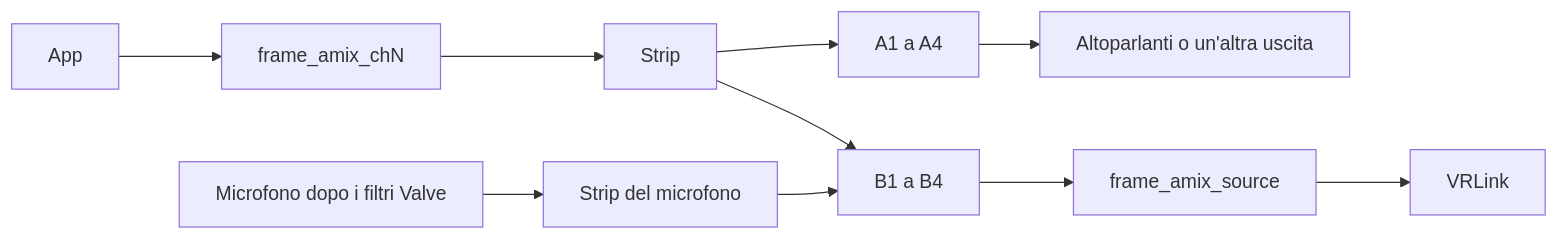
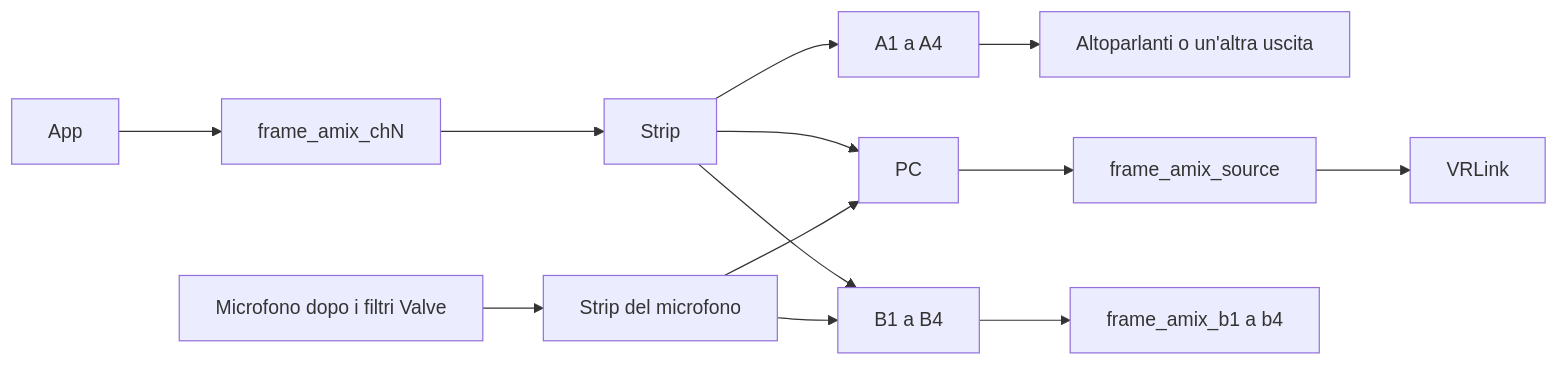
One commit to marcus-universe/frame-audio-mixer changed the diagram in docs/how-it-works.it.md. Above: the diagram before and after it, drawn with Mermaid. The commit also changed other lines of this file and 42 other files, not shown here.

````diff
--- a/docs/how-it-works.it.md
+++ b/docs/how-it-works.it.md
@@ -7,12 +7,15 @@
 ```mermaid
 flowchart LR
   appA[App] --> chSink["frame_amix_chN"]
   micSrc["Microfono dopo i filtri Valve"] --> micStrip["Strip del microfono"]
   chSink --> chStrip["Strip"]
   chStrip --> busA["A1 a A4"]
+  chStrip --> busPc["PC"]
   chStrip --> busB["B1 a B4"]
+  micStrip --> busPc
   micStrip --> busB
   busA --> speakers["Altoparlanti o un'altra uscita"]
-  busB --> frameMix["frame_amix_source"]
+  busPc --> frameMix["frame_amix_source"]
+  busB --> virtualMics["frame_amix_b1 a b4"]
   frameMix --> vrlink["VRLink"]
 ```
````
